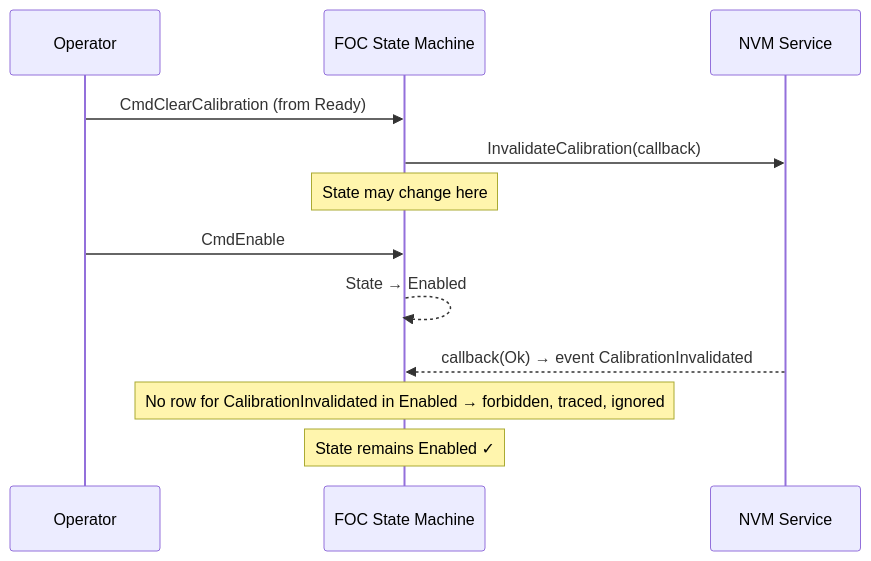
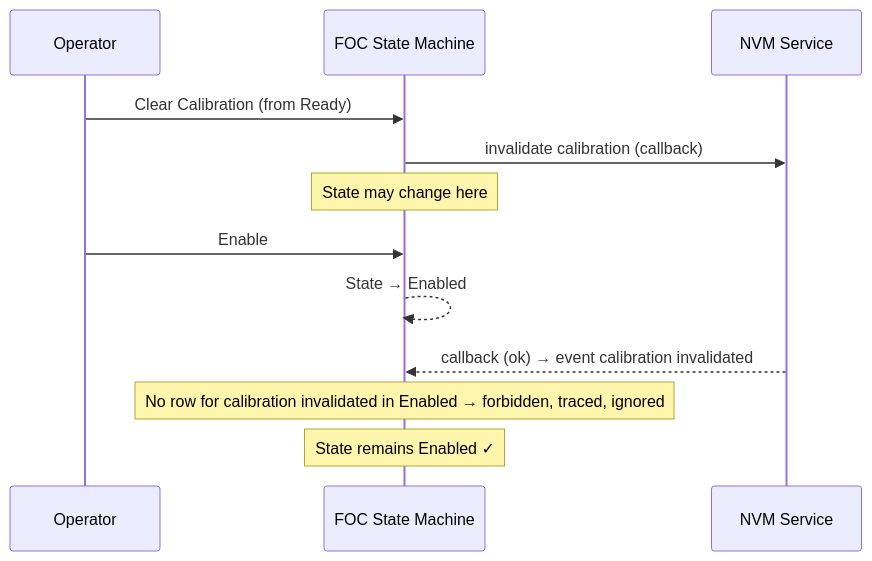
The sixth of 13 diagrams in documentation/design/state-machine.md (embedded-pro/e-foc), drawn with Mermaid before and after one commit. The commit also changed other lines of this file and 37 other files, not shown here.

````diff
--- a/documentation/design/state-machine.md
+++ b/documentation/design/state-machine.md
@@ -824,17 +878,17 @@
 ```mermaid
 sequenceDiagram
     participant Op as Operator
     participant SM as FOC State Machine
     participant NVM as NVM Service
 
-    Op->>SM: CmdClearCalibration (from Ready)
-    SM->>NVM: InvalidateCalibration(callback)
+    Op->>SM: Clear Calibration (from Ready)
+    SM->>NVM: invalidate calibration (callback)
     note over SM: State may change here
 
-    Op->>SM: CmdEnable
+    Op->>SM: Enable
     SM-->>SM: State → Enabled
 
-    NVM-->>SM: callback(Ok) → event CalibrationInvalidated
-    note over SM: No row for CalibrationInvalidated in Enabled → forbidden, traced, ignored
+    NVM-->>SM: callback (ok) → event calibration invalidated
+    note over SM: No row for calibration invalidated in Enabled → forbidden, traced, ignored
     note over SM: State remains Enabled ✓
 ```
````
